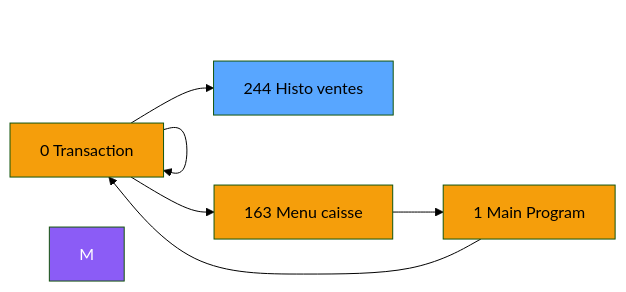
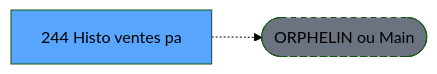
The second of 3 diagrams in .openspec/renders/ADH-IDE-244.md (thonyAGP/lecteur-magic), drawn with Mermaid (forest theme) before and after one commit. The commit also changed other lines of this file and 701 other files, not shown here.

````diff
--- a/.openspec/renders/ADH-IDE-244.md
+++ b/.openspec/renders/ADH-IDE-244.md
@@ -151,21 +142,8 @@
 ```mermaid
 graph LR
-    N0[0 Transaction ]
-    N0[0 Transaction ]
-    N163[163 Menu caisse ]
-    N1[1 Main Program]
-    N0[0 Transaction ]
-    T[244 Histo ventes]
-    N0 --> N0
-    N0 --> N163
-    N163 --> N1
-    N1 --> N0
-    N0 --> T
-    style M fill:#8b5cf6,color:#fff
-    style N0 fill:#f59e0b
-    style N0 fill:#f59e0b
-    style N163 fill:#f59e0b
-    style N1 fill:#f59e0b
-    style N0 fill:#f59e0b
+    T[244 Histo ventes pa]
+    ORPHAN([ORPHELIN ou Main])
+    T -.-> ORPHAN
     style T fill:#58a6ff,color:#000
+    style ORPHAN fill:#6b7280,stroke-dasharray: 5 5
 ```
````
